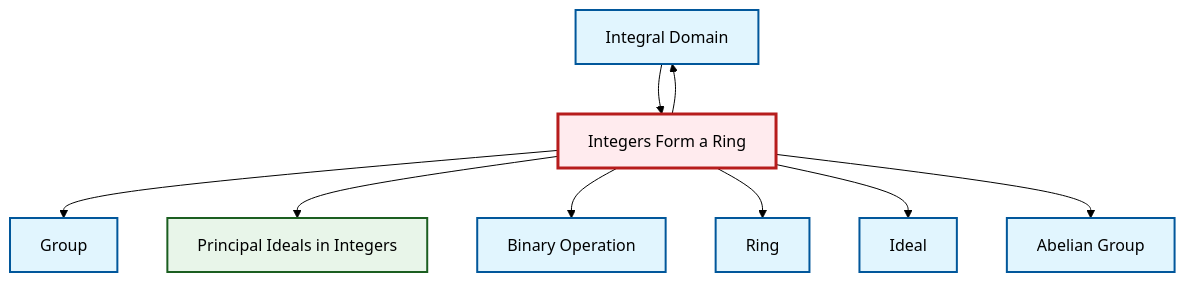
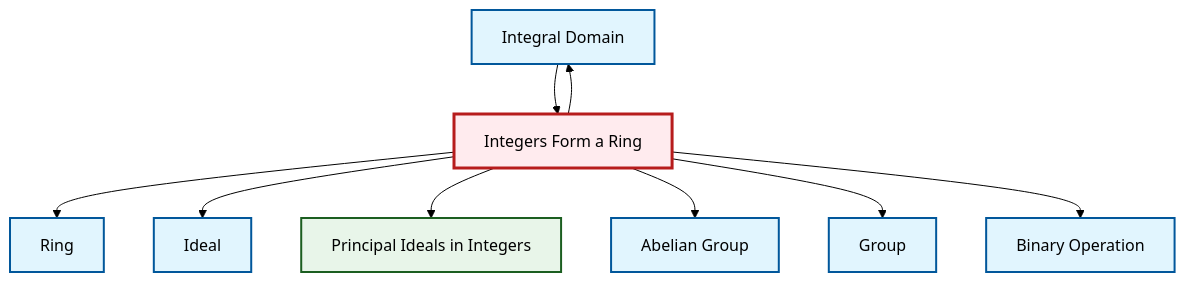
Before and after one commit to RK0429/ModernMath: the diagram in output/mermaid/en/ex-integers-ring.mermaid, drawn with Mermaid (forest theme). The commit also changed other lines of this file and 1700 other files, not shown here.

```diff
--- a/output/mermaid/en/ex-integers-ring.mermaid
+++ b/output/mermaid/en/ex-integers-ring.mermaid
@@ -1,23 +1,23 @@
 graph TD
     classDef definition fill:#e1f5fe,stroke:#01579b,stroke-width:2px
     classDef theorem fill:#f3e5f5,stroke:#4a148c,stroke-width:2px
     classDef axiom fill:#fff3e0,stroke:#e65100,stroke-width:2px
     classDef example fill:#e8f5e9,stroke:#1b5e20,stroke-width:2px
     classDef current fill:#ffebee,stroke:#b71c1c,stroke-width:3px
-    def-binary-operation["Binary Operation"]:::definition
-    ex-principal-ideal["Principal Ideals in Integers"]:::example
     def-integral-domain["Integral Domain"]:::definition
+    def-abelian-group["Abelian Group"]:::definition
     def-ideal["Ideal"]:::definition
     def-group["Group"]:::definition
-    def-abelian-group["Abelian Group"]:::definition
     def-ring["Ring"]:::definition
     ex-integers-ring["Integers Form a Ring"]:::example
+    ex-principal-ideal["Principal Ideals in Integers"]:::example
+    def-binary-operation["Binary Operation"]:::definition
+    ex-integers-ring --> def-ring
+    ex-integers-ring --> def-ideal
+    ex-integers-ring --> ex-principal-ideal
+    ex-integers-ring --> def-abelian-group
+    def-integral-domain --> ex-integers-ring
     ex-integers-ring --> def-group
-    ex-integers-ring --> ex-principal-ideal
+    ex-integers-ring --> def-integral-domain
     ex-integers-ring --> def-binary-operation
-    ex-integers-ring --> def-integral-domain
-    ex-integers-ring --> def-ring
-    def-integral-domain --> ex-integers-ring
-    ex-integers-ring --> def-ideal
-    ex-integers-ring --> def-abelian-group
     class ex-integers-ring current
```
